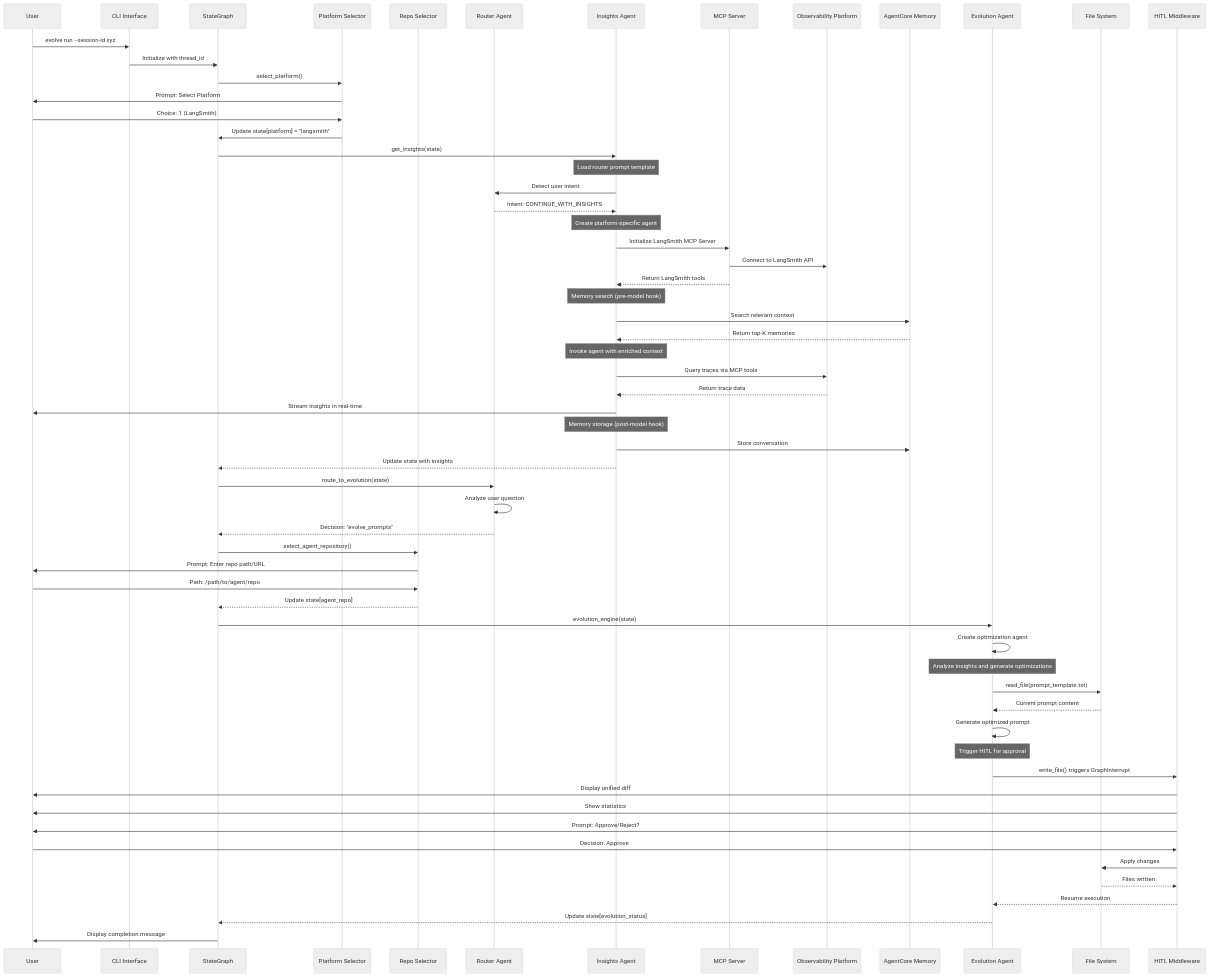
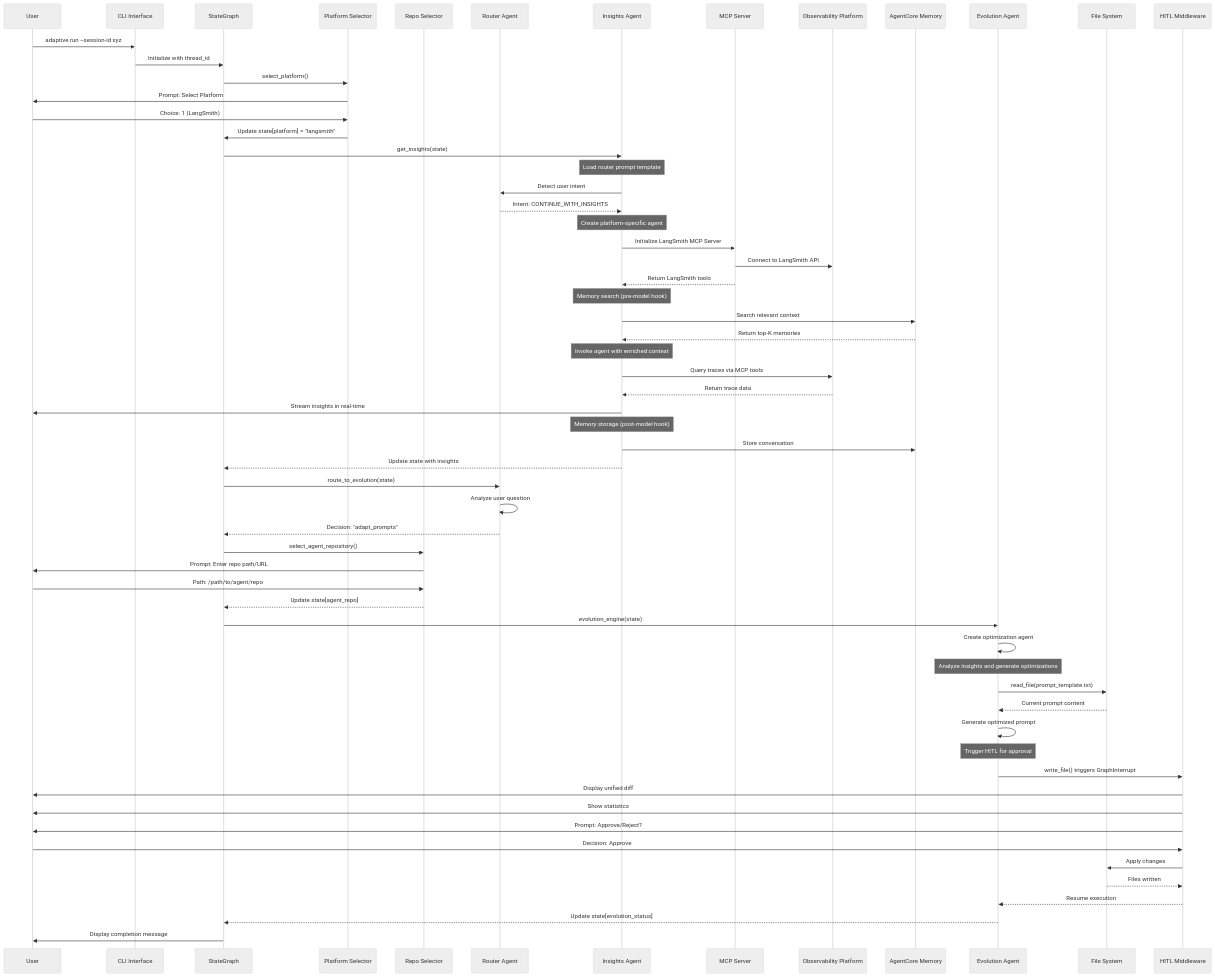
One commit to madhurprash/Adaptive changed the third of 7 diagrams in blog/architecture-diagram.md. Above: the diagram before and after it, drawn with Mermaid (neutral theme). The commit also changed other lines of this file and 6 other files, not shown here.

````diff
--- a/blog/architecture-diagram.md
+++ b/blog/architecture-diagram.md
@@ -182,82 +182,82 @@
 ```mermaid
 sequenceDiagram
     participant U as User
     participant CLI as CLI Interface
     participant SG as StateGraph
     participant PS as Platform Selector
     participant RS as Repo Selector
     participant RT as Router Agent
     participant IA as Insights Agent
     participant MCP as MCP Server
     participant OP as Observability Platform
     participant MEM as AgentCore Memory
     participant EA as Evolution Agent
     participant FS as File System
     participant HITL as HITL Middleware
 
-    U->>CLI: evolve run --session-id xyz
+    U->>CLI: adaptive run --session-id xyz
     CLI->>SG: Initialize with thread_id
 
     SG->>PS: select_platform()
     PS->>U: Prompt: Select Platform
     U->>PS: Choice: 1 (LangSmith)
     PS->>SG: Update state[platform] = "langsmith"
 
     SG->>IA: get_insights(state)
 
     Note over IA: Load router prompt template
     IA->>RT: Detect user intent
     RT-->>IA: Intent: CONTINUE_WITH_INSIGHTS
 
     Note over IA: Create platform-specific agent
     IA->>MCP: Initialize LangSmith MCP Server
     MCP->>OP: Connect to LangSmith API
     MCP-->>IA: Return LangSmith tools
 
     Note over IA: Memory search (pre-model hook)
     IA->>MEM: Search relevant context
     MEM-->>IA: Return top-K memories
 
     Note over IA: Invoke agent with enriched context
     IA->>OP: Query traces via MCP tools
     OP-->>IA: Return trace data
 
     IA->>U: Stream insights in real-time
 
     Note over IA: Memory storage (post-model hook)
     IA->>MEM: Store conversation
 
     IA-->>SG: Update state with insights
 
     SG->>RT: route_to_evolution(state)
     RT->>RT: Analyze user question
-    RT-->>SG: Decision: "evolve_prompts"
+    RT-->>SG: Decision: "adapt_prompts"
 
     SG->>RS: select_agent_repository()
     RS->>U: Prompt: Enter repo path/URL
     U->>RS: Path: /path/to/agent/repo
     RS-->>SG: Update state[agent_repo]
 
     SG->>EA: evolution_engine(state)
     EA->>EA: Create optimization agent
 
     Note over EA: Analyze insights and generate optimizations
     EA->>FS: read_file(prompt_template.txt)
     FS-->>EA: Current prompt content
 
     EA->>EA: Generate optimized prompt
 
     Note over EA: Trigger HITL for approval
     EA->>HITL: write_file() triggers GraphInterrupt
     HITL->>U: Display unified diff
     HITL->>U: Show statistics
     HITL->>U: Prompt: Approve/Reject?
     U->>HITL: Decision: Approve
 
     HITL->>FS: Apply changes
     FS-->>HITL: Files written
     HITL-->>EA: Resume execution
 
     EA-->>SG: Update state[evolution_status]
     SG->>U: Display completion message
 ```
````
